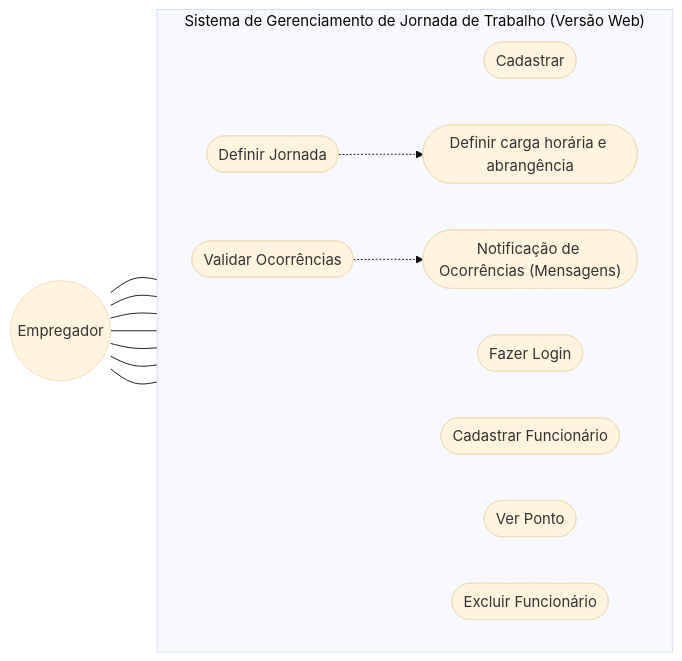
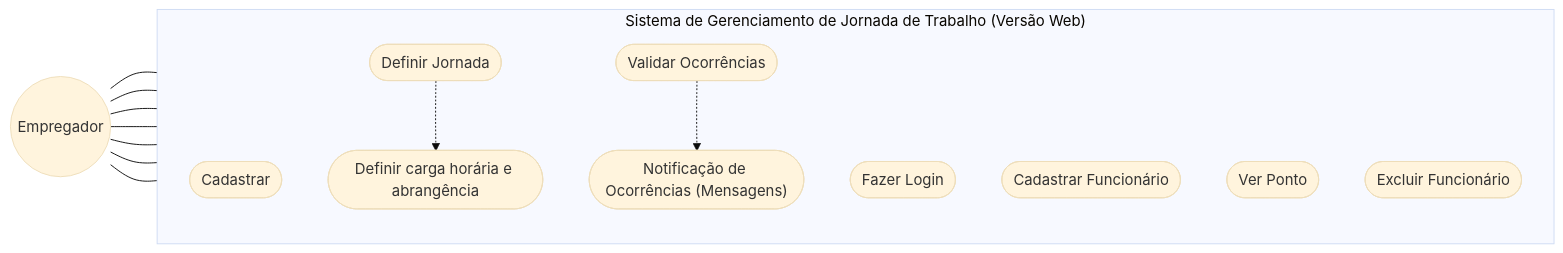
The second of 2 diagrams in README.md (DanBenedetti/GeoPonto), drawn with Mermaid (base theme) before and after one commit.

Commit message:
Ajuste Diagrama de Caso de Uso

````diff
--- a/README.md
+++ b/README.md
@@ -83,29 +83,29 @@
 ```mermaid
 flowchart LR
     actor((Empregador))
 
     subgraph Sistema ["Sistema de Gerenciamento de Jornada de Trabalho (Versão Web)"]
-        direction LR
+        direction TB
         UC1([Cadastrar])
         UC2([Fazer Login])
         UC3([Cadastrar Funcionário])
         UC4([Definir Jornada])
         UC5([Validar Ocorrências])
         UC6([Ver Ponto])
         UC7([Excluir Funcionário])
 
         EXT1([Definir carga horária e abrangência])
         EXT2(["Notificação de Ocorrências (Mensagens)"])
 
         UC4 -.-> EXT1
         UC5 -.-> EXT2
     end
 
     actor --- UC1
     actor --- UC2
     actor --- UC3
     actor --- UC4
     actor --- UC5
     actor --- UC6
     actor --- UC7
 ```
````
